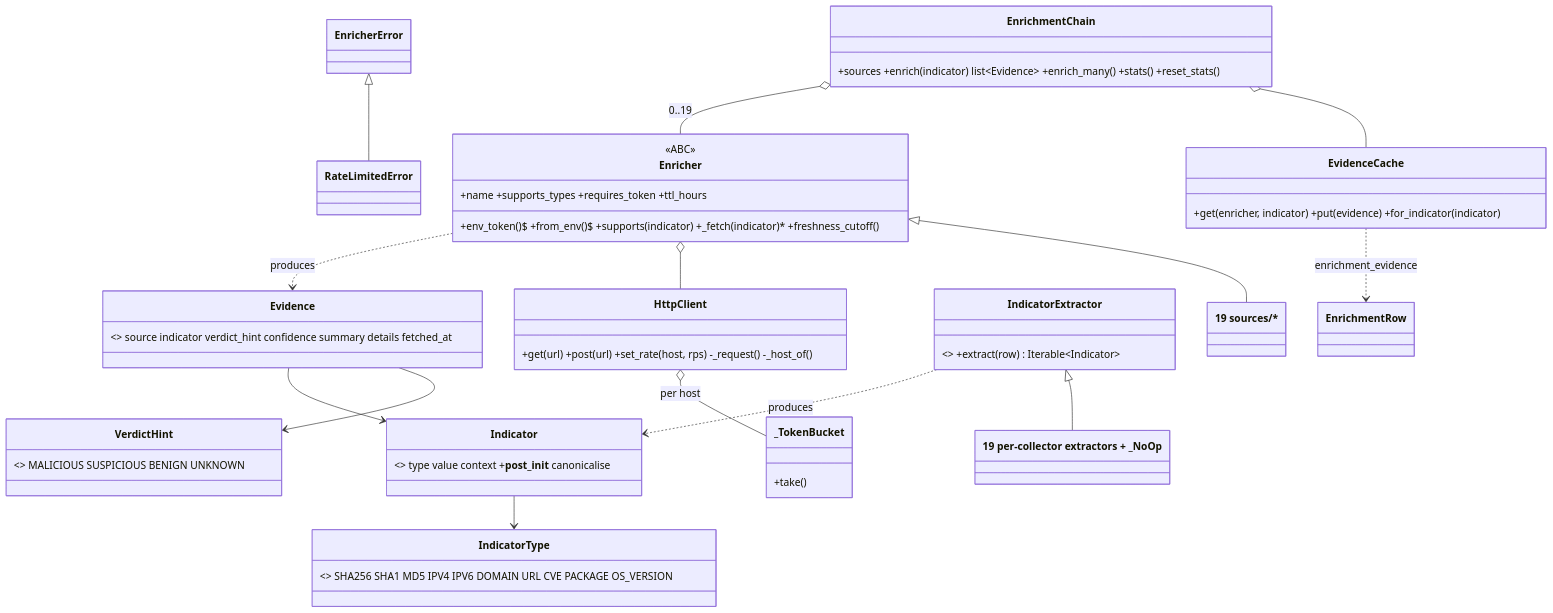
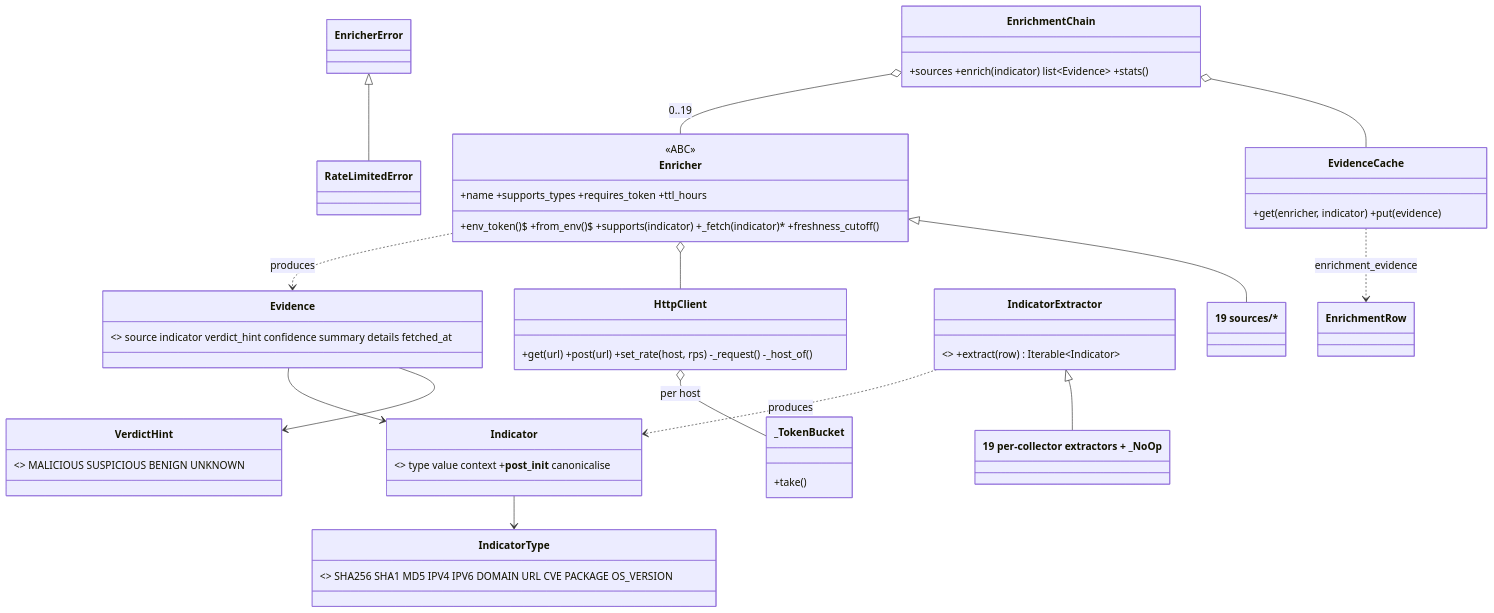
Diagram 16 of 22 in docs/ARCHITECTURE.md (iklobato/avai), drawn with Mermaid before and after one commit. The commit also changed other lines of this file and 1 other file, not shown here.

First line of the commit message:
docs: sync architecture map and plan with the phase 1 deletions

````diff
--- a/docs/ARCHITECTURE.md
+++ b/docs/ARCHITECTURE.md
@@ -1017,35 +986,35 @@
 ```mermaid
 classDiagram
     class IndicatorType { <<StrEnum>> SHA256 SHA1 MD5 IPV4 IPV6 DOMAIN URL CVE PACKAGE OS_VERSION }
     class VerdictHint { <<StrEnum>> MALICIOUS SUSPICIOUS BENIGN UNKNOWN }
     class Indicator { <<frozen>> type value context +__post_init__ canonicalise }
     class Evidence { <<frozen>> source indicator verdict_hint confidence summary details fetched_at }
     class Enricher {
         <<ABC>>
         +name +supports_types +requires_token +ttl_hours
         +env_token()$ +from_env()$ +supports(indicator) +_fetch(indicator)* +freshness_cutoff()
     }
     class EnricherError
     class RateLimitedError
     EnricherError <|-- RateLimitedError
     class HttpClient { +get(url) +post(url) +set_rate(host, rps) -_request() -_host_of() }
     class _TokenBucket { +take() }
     HttpClient o-- _TokenBucket : per host
-    class EvidenceCache { +get(enricher, indicator) +put(evidence) +for_indicator(indicator) }
-    class EnrichmentChain { +sources +enrich(indicator) list~Evidence~ +enrich_many() +stats() +reset_stats() }
+    class EvidenceCache { +get(enricher, indicator) +put(evidence) }
+    class EnrichmentChain { +sources +enrich(indicator) list~Evidence~ +stats() }
     class IndicatorExtractor { <<ABC>> +extract(row) Iterable~Indicator~ }
 
     Indicator --> IndicatorType
     Evidence --> Indicator
     Evidence --> VerdictHint
     Enricher ..> Evidence : produces
     Enricher o-- HttpClient
     EnrichmentChain o-- Enricher : 0..19
     EnrichmentChain o-- EvidenceCache
     EvidenceCache ..> EnrichmentRow : enrichment_evidence
     IndicatorExtractor ..> Indicator : produces
     class Extractors["19 per-collector extractors + _NoOp"]
     class Sources["19 sources/*"]
     IndicatorExtractor <|-- Extractors
     Enricher <|-- Sources
 ```
````
